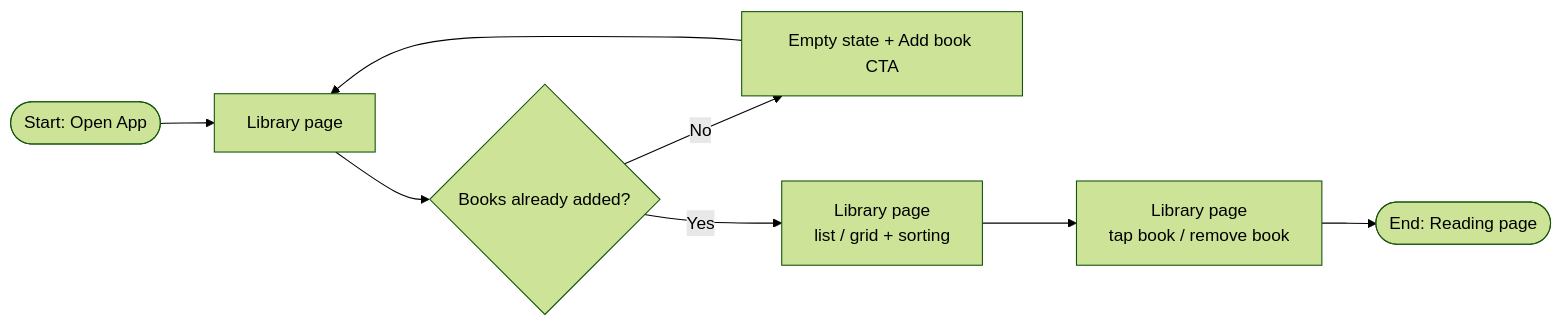
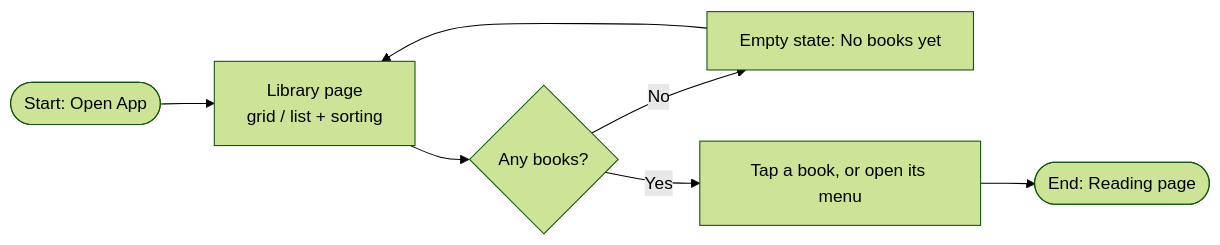
One commit to AftrHours/PRD changed the diagram in 1.2-Central-Library-EN.md. Above: the diagram before and after it, drawn with Mermaid (forest theme). The commit also changed other lines of this file and 6 other files, not shown here.

````diff
--- a/1.2-Central-Library-EN.md
+++ b/1.2-Central-Library-EN.md
@@ -112,9 +112,8 @@
 ```mermaid
 flowchart LR
-  A([Start: Open App]) --> B[Library page]
-  B --> C{Books already added?}
-  C -- No --> D[Empty state + Add book CTA] --> B
-  C -- Yes --> E[Library page<br/>list / grid + sorting]
-  E --> F[Library page<br/>tap book / remove book]
-  F --> G([End: Reading page])
+  A([Start: Open App]) --> B[Library page<br/>grid / list + sorting]
+  B --> C{Any books?}
+  C -- No --> D[Empty state: No books yet] --> B
+  C -- Yes --> E[Tap a book, or open its menu]
+  E --> F([End: Reading page])
 ```
````
